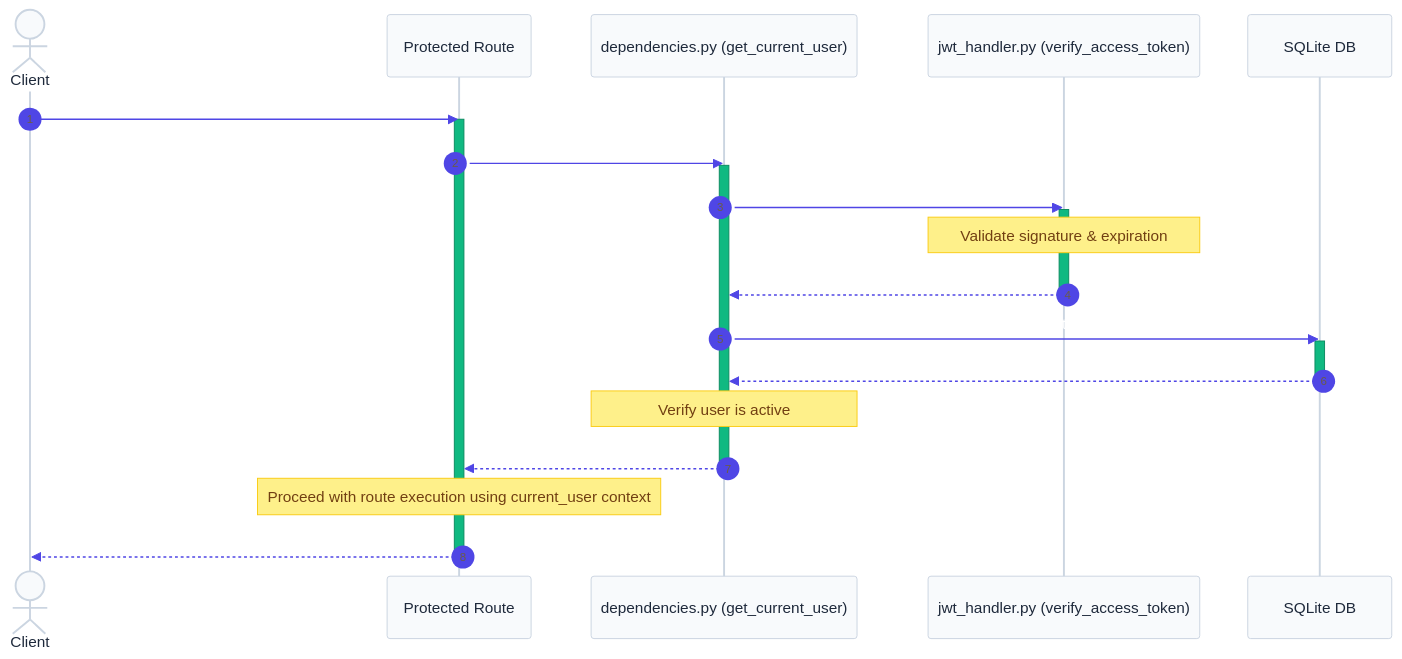
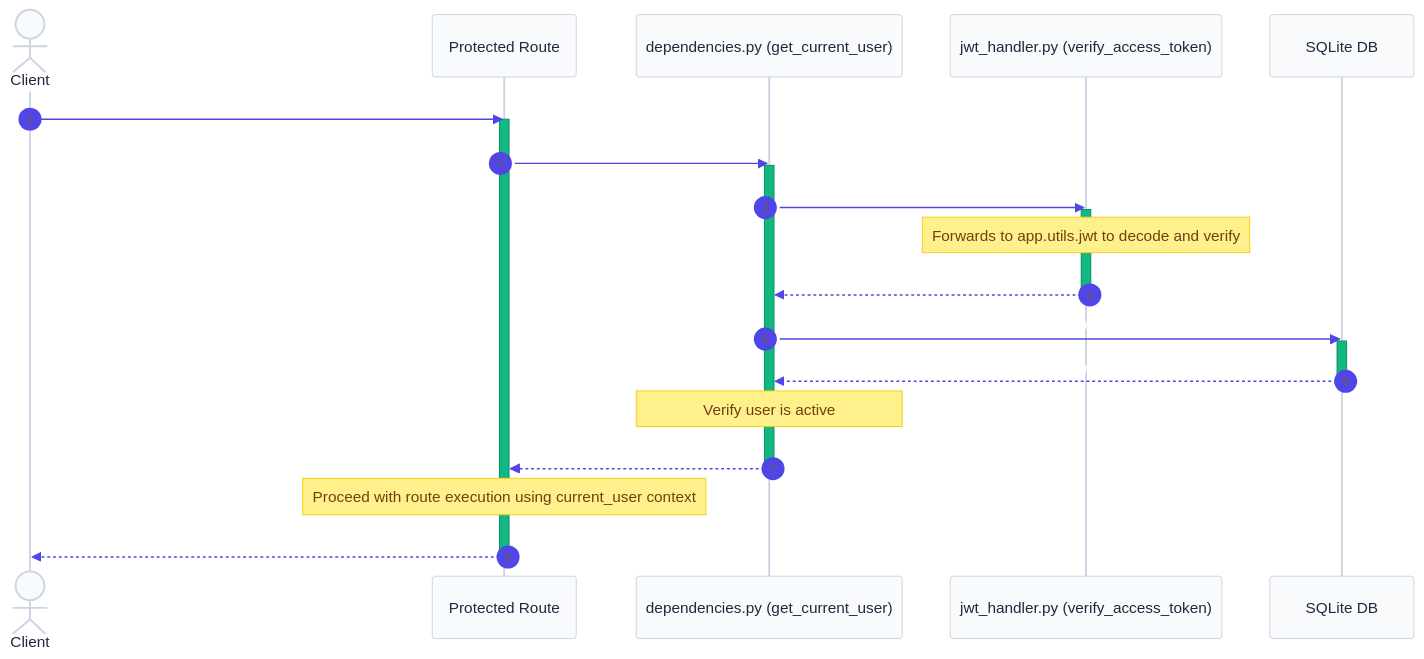
One commit to nakul-cloud/ecommerce-api changed the second of 2 diagrams in app/auth/README.md. Above: the diagram before and after it, drawn with Mermaid. The commit also changed other lines of this file and 22 other files, not shown here.

Commit message:
feat: scaffold API architecture with authentication, custom exceptions, controllers, and utility modules.

````diff
--- a/app/auth/README.md
+++ b/app/auth/README.md
@@ -58,30 +58,30 @@
 ```mermaid
 %%{init: {'theme': 'base', 'themeVariables': {'primaryColor': '#4f46e5', 'primaryTextColor': '#ffffff', 'primaryBorderColor': '#3730a3', 'lineColor': '#94a3b8', 'secondaryColor': '#10b981', 'tertiaryColor': '#f59e0b', 'background': '#ffffff', 'mainBkg': '#f8fafc', 'nodeBorder': '#cbd5e1', 'nodeTextColor': '#1e293b', 'textColor': '#ffffff', 'titleColor': '#ffffff', 'edgeLabelBackground': '#1e293b', 'clusterBkg': '#f1f5f9', 'clusterBorder': '#e2e8f0', 'actorBkg': '#f8fafc', 'actorBorder': '#cbd5e1', 'actorTextColor': '#1e293b', 'signalColor': '#4f46e5', 'signalTextColor': '#ffffff', 'labelColor': '#ffffff', 'loopTextColor': '#ffffff', 'noteBkgColor': '#fef08a', 'noteBorderColor': '#facc15', 'noteTextColor': '#713f12'}}}%%
 sequenceDiagram
     autonumber
     actor Client
     participant Router as Protected Route
     participant Dep as dependencies.py (get_current_user)
     participant JWT as jwt_handler.py (verify_access_token)
     participant DB as SQLite DB
 
-    Client->>Router: GET /orders (Headers: Authorization: Bearer <JWT>)
+    Client->>Router: GET /api/v1/orders (Headers: Authorization: Bearer <JWT>)
     activate Router
     Router->>Dep: Depends(get_current_user)
     activate Dep
     Dep->>JWT: verify_access_token(token)
     activate JWT
-    Note over JWT: Validate signature & expiration
-    JWT-->>Dep: Decoded payload (sub: email, role: role)
+    Note over JWT: Forwards to app.utils.jwt to decode and verify
+    JWT-->>Dep: Decoded payload (sub: email)
     deactivate JWT
     Dep->>DB: SELECT id, username, role, is_active WHERE email = ?
     activate DB
     DB-->>Dep: User record
     deactivate DB
     Note over Dep: Verify user is active
     Dep-->>Router: Return UserResponse object
     deactivate Dep
     Note over Router: Proceed with route execution using current_user context
     Router-->>Client: HTTP 200 OK + Data
     deactivate Router
 ```
````
